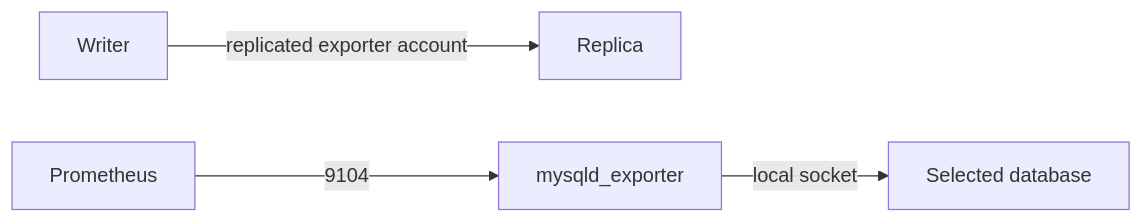
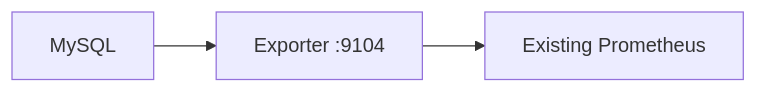
One commit to OT-OSM/percona_server changed the diagram in roles/mysql_exporter/README.md. Above: the diagram before and after it, drawn with Mermaid. The commit also changed other lines of this file and 159 other files, not shown here.

````diff
--- a/roles/mysql_exporter/README.md
+++ b/roles/mysql_exporter/README.md
@@ -5,4 +5,4 @@
 ```mermaid
 flowchart LR
-  W[Writer] -->|replicated exporter account| R[Replica]; E[mysqld_exporter] -->|local socket| D[Selected database]; P[Prometheus] -->|9104| E
+  D[MySQL] --> E[Exporter :9104] --> P[Existing Prometheus]
 ```
````
